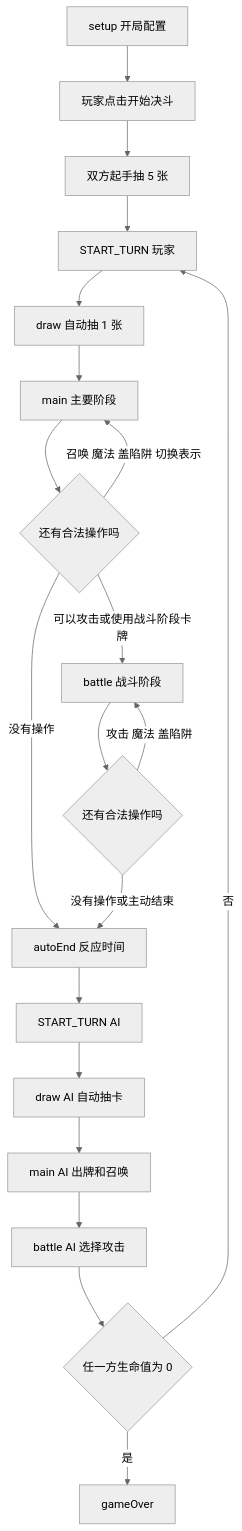
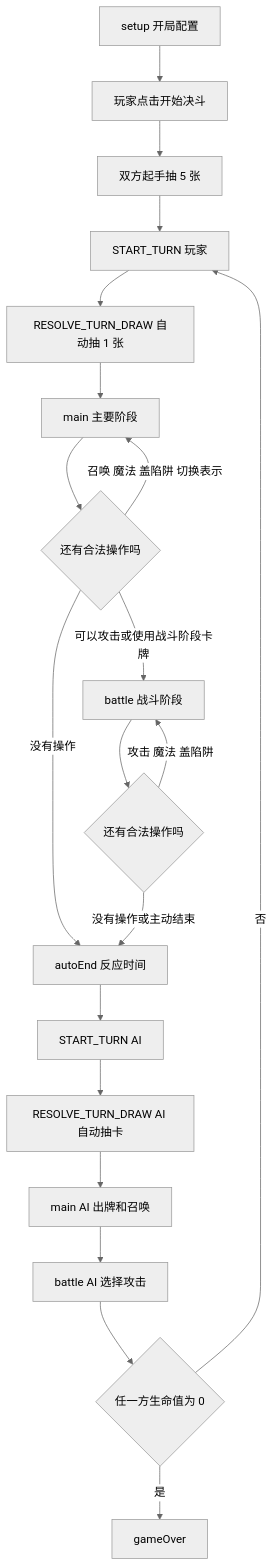
The second of 8 diagrams in GAME_FLOW.md (ssssaaa111/play_card_game), drawn with Mermaid (neutral theme) before and after one commit. The commit also changed other lines of this file and 8 other files, not shown here.

Commit message:
Event-source turn draw and after-attack effects

````diff
--- a/GAME_FLOW.md
+++ b/GAME_FLOW.md
@@ -27,22 +27,22 @@
 ```mermaid
 flowchart TD
     Setup[setup 开局配置] --> Start[玩家点击开始决斗]
     Start --> Opening[双方起手抽 5 张]
     Opening --> PlayerTurn[START_TURN 玩家]
-    PlayerTurn --> Draw[draw 自动抽 1 张]
+    PlayerTurn --> Draw[RESOLVE_TURN_DRAW 自动抽 1 张]
     Draw --> Main[main 主要阶段]
     Main --> Decision{还有合法操作吗}
     Decision -->|召唤 魔法 盖陷阱 切换表示| Main
     Decision -->|可以攻击或使用战斗阶段卡牌| Battle[battle 战斗阶段]
     Decision -->|没有操作| AutoEnd[autoEnd 反应时间]
     Battle --> BattleDecision{还有合法操作吗}
     BattleDecision -->|攻击 魔法 盖陷阱| Battle
     BattleDecision -->|没有操作或主动结束| AutoEnd
     AutoEnd --> AiTurn[START_TURN AI]
-    AiTurn --> AiDraw[draw AI 自动抽卡]
+    AiTurn --> AiDraw[RESOLVE_TURN_DRAW AI 自动抽卡]
     AiDraw --> AiMain[main AI 出牌和召唤]
     AiMain --> AiBattle[battle AI 选择攻击]
     AiBattle --> CheckEnd{任一方生命值为 0}
     CheckEnd -->|否| PlayerTurn
     CheckEnd -->|是| GameOver[gameOver]
 ```
````
